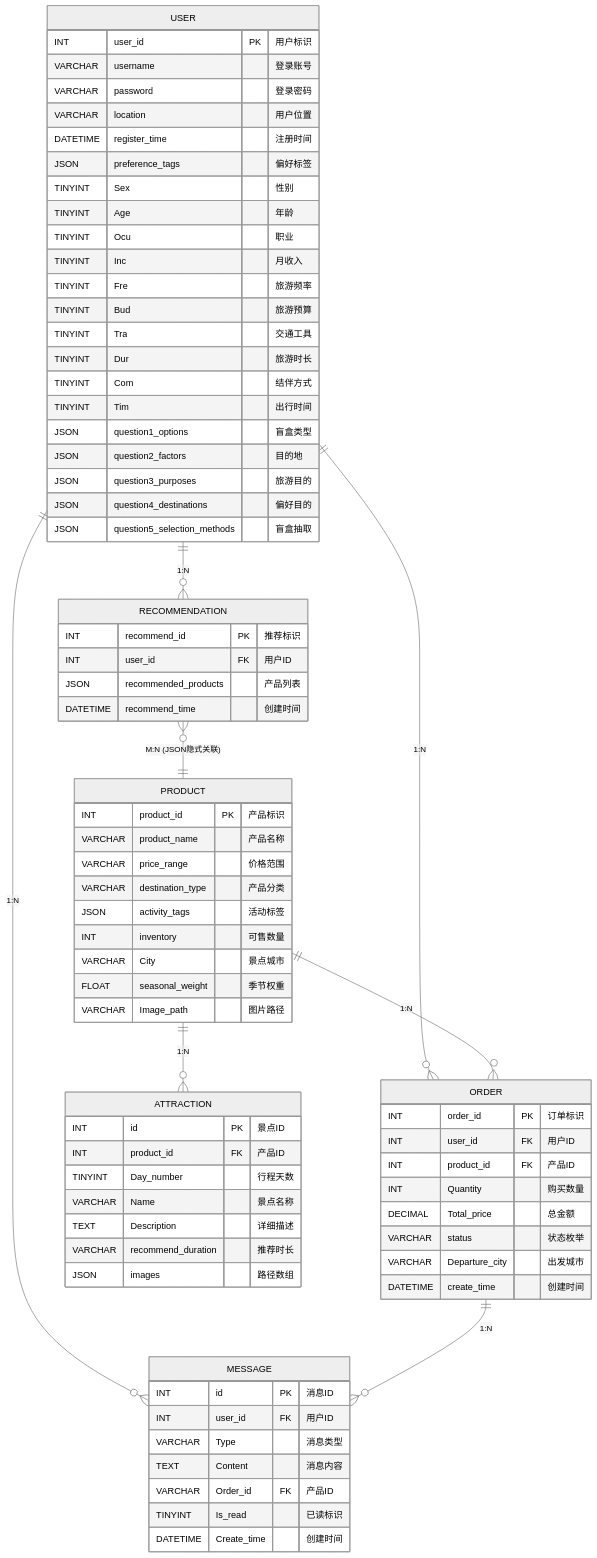
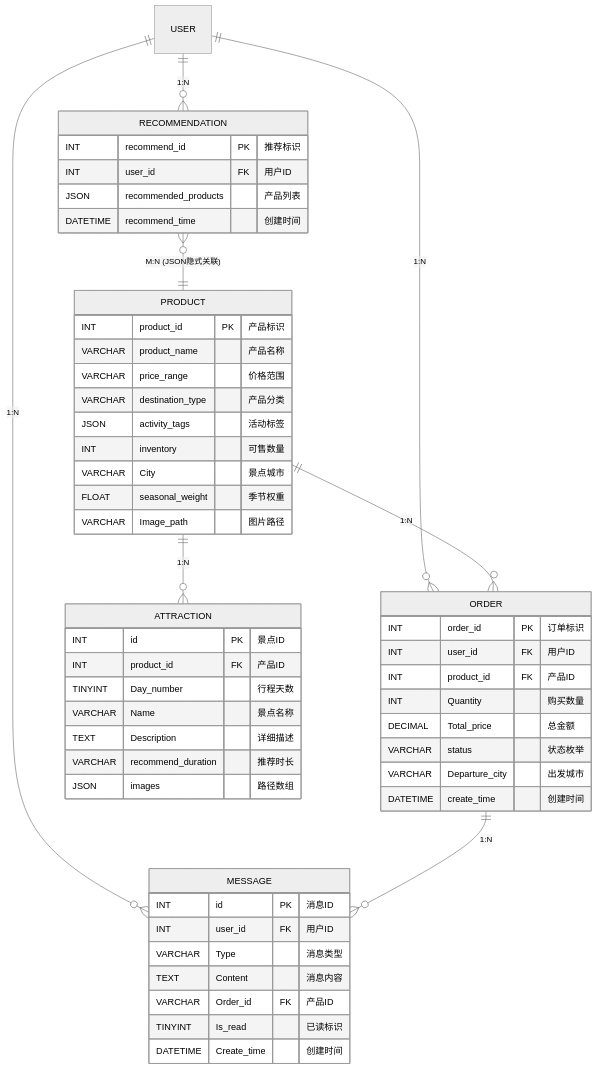
One commit to 1215587043/iodraw-files changed the diagram in all/未命名-1.md. Above: the diagram before and after it, drawn with Mermaid (neutral theme).

Commit message:
2025-04-10 23:38:22 update

```diff
--- a/all/未命名-1.md
+++ b/all/未命名-1.md
@@ -8,29 +8,7 @@
     ORDER ||--o{ MESSAGE : "1:N"
     RECOMMENDATION }o--|| PRODUCT : "M:N (JSON隐式关联)"
 
-    USER {
-        INT user_id PK "用户标识"
-        VARCHAR username "登录账号"
-        VARCHAR password "登录密码"
-        VARCHAR location "用户位置"
-        DATETIME register_time "注册时间"
-        JSON preference_tags "偏好标签"
-        TINYINT Sex "性别"
-        TINYINT Age "年龄"
-        TINYINT Ocu "职业"
-        TINYINT Inc "月收入"
-        TINYINT Fre "旅游频率"
-        TINYINT Bud "旅游预算"
-        TINYINT Tra "交通工具"
-        TINYINT Dur "旅游时长"
-        TINYINT Com "结伴方式"
-        TINYINT Tim "出行时间"
-        JSON question1_options "盲盒类型"
-        JSON question2_factors "目的地"
-        JSON question3_purposes "旅游目的"
-        JSON question4_destinations "偏好目的"
-        JSON question5_selection_methods "盲盒抽取"
-    }
+    
 
     PRODUCT {
         INT product_id PK "产品标识"
```
